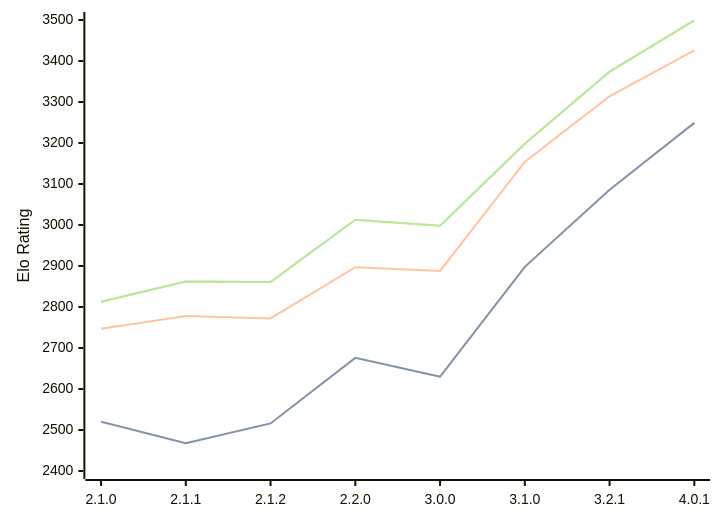
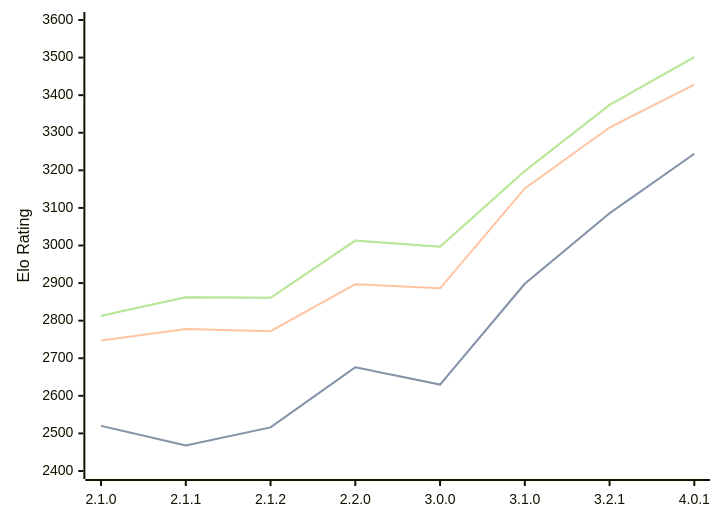
One commit to computer-chess-index/cci changed the diagram in engines/Prune.md. Above: the diagram before and after it, drawn with Mermaid. The commit also changed other lines of this file, not shown here.

Commit message:
Update CCI Ratings (ELO VLTC) - 2026-08-02

````diff
--- a/engines/Prune.md
+++ b/engines/Prune.md
@@ -44,11 +44,11 @@
 ```mermaid
 %%{init: {"theme":"base","themeVariables":{"seriesColors:['#a3a3a3','#222221','#faa371']}}}%%
 xychart-beta
   x-axis ["2.1.0", "2.1.1", "2.1.2", "2.2.0", "3.0.0", "3.1.0", "3.2.1", "4.0.1"]
-  y-axis "Elo Rating" 2400 --> 3500
-  line "STC (8.0+0.08s)" [2520, 2468, 2516, 2676, 2630, 2898, 3086, 3249]
-  line "STC (8.0+0.08s)" [2520, 2468, 2516, 2676, 2630, 2898, 3086, 3249]
-  line "LTC (60.0+0.60s)" [2747, 2778, 2772, 2897, 2888, 3154, 3314, 3426]
-  line "VLTC (2m24s+1.12s)" [2813, 2862, 2861, 3013, 2998, 3198, 3374, 3499]
-  line "VLTC (2m24s+1.12s)" [2813, 2862, 2861, 3013, 2998, 3198, 3374, 3499]
+  y-axis "Elo Rating" 2400 --> 3600
+  line "STC (8.0+0.08s)" [2520, 2468, 2516, 2676, 2630, 2898, 3086, 3244]
+  line "STC (8.0+0.08s)" [2520, 2468, 2516, 2676, 2630, 2898, 3086, 3244]
+  line "LTC (60.0+0.60s)" [2747, 2778, 2772, 2897, 2886, 3152, 3314, 3428]
+  line "VLTC (2m24s+1.12s)" [2813, 2862, 2861, 3013, 2997, 3198, 3374, 3501]
+  line "VLTC (2m24s+1.12s)" [2813, 2862, 2861, 3013, 2997, 3198, 3374, 3501]
 ```
````
